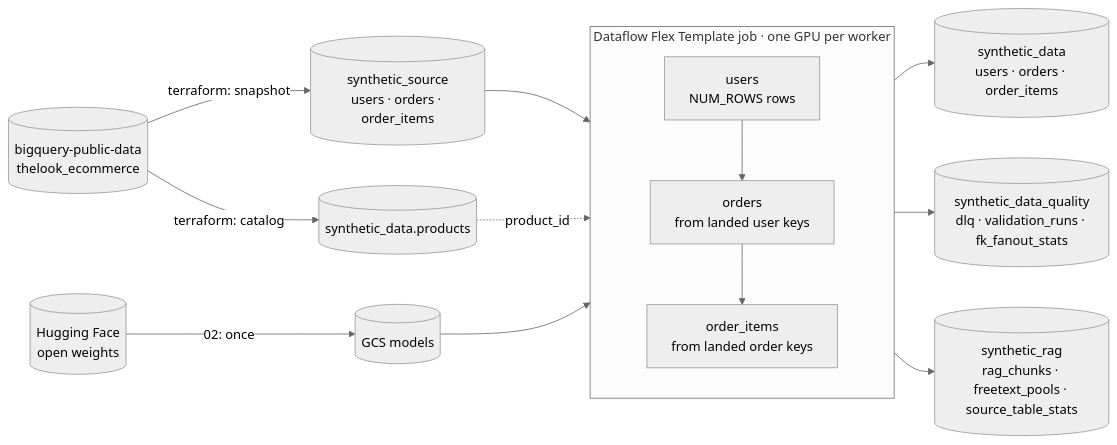
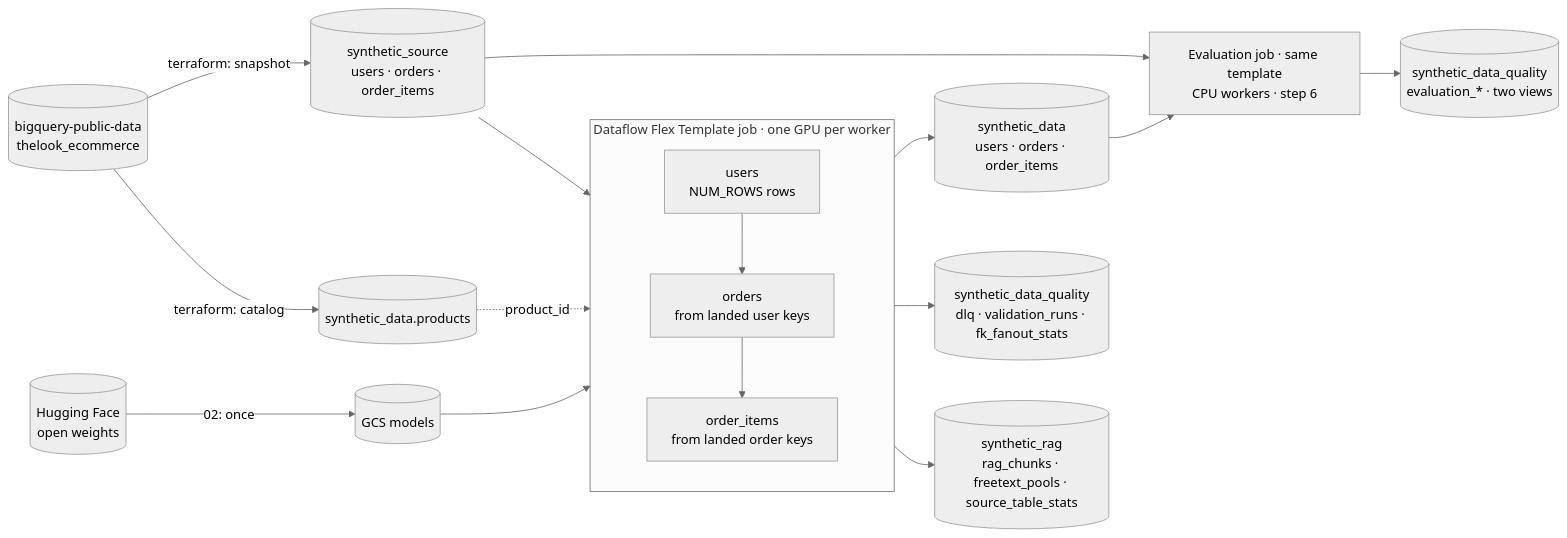
Before and after one commit to albertols/synthetic-llm-dataflow-bigquery: the diagram in dsg/pipeline/README.header.md, drawn with Mermaid (neutral theme). The commit also changed other lines of this file and 51 other files, not shown here.

First line of the commit message:
fix(evaluation): ship it in the DSG copy, one image and template, docs for a first reader (#33)

````diff
--- a/dsg/pipeline/README.header.md
+++ b/dsg/pipeline/README.header.md
@@ -19,16 +19,19 @@
 ```mermaid
 flowchart LR
   pub[(bigquery-public-data<br/>thelook_ecommerce)] -->|terraform: snapshot| src[(synthetic_source<br/>users · orders · order_items)]
   pub -->|terraform: catalog| cat[(synthetic_data.products)]
   hf[(Hugging Face<br/>open weights)] -->|02: once| gcs[(GCS models)]
   gcs --> job
   src --> job
   subgraph job [Dataflow Flex Template job · one GPU per worker]
     direction TB
     u[users<br/>NUM_ROWS rows] --> o[orders<br/>from landed user keys] --> i[order_items<br/>from landed order keys]
   end
   cat -.->|product_id| i
   job --> land[(synthetic_data<br/>users · orders · order_items)]
   job --> dq[(synthetic_data_quality<br/>dlq · validation_runs · fk_fanout_stats)]
   job --> rag[(synthetic_rag<br/>rag_chunks · freetext_pools · source_table_stats)]
+  land --> eval[Evaluation job · same template<br/>CPU workers · step 6]
+  src --> eval
+  eval --> evq[(synthetic_data_quality<br/>evaluation_* · two views)]
 ```
````
